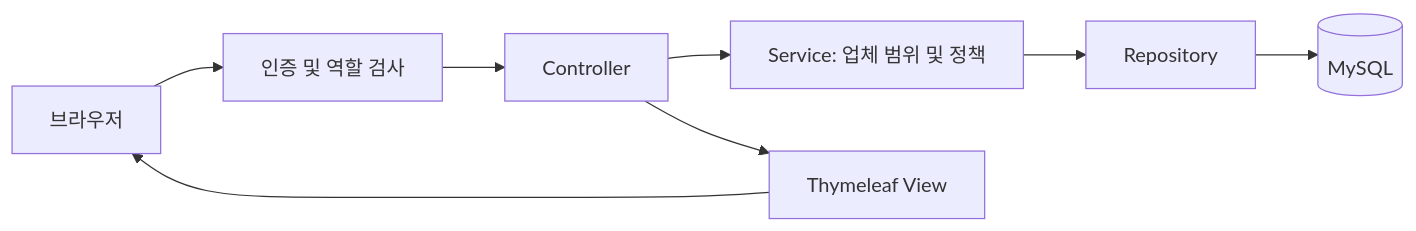
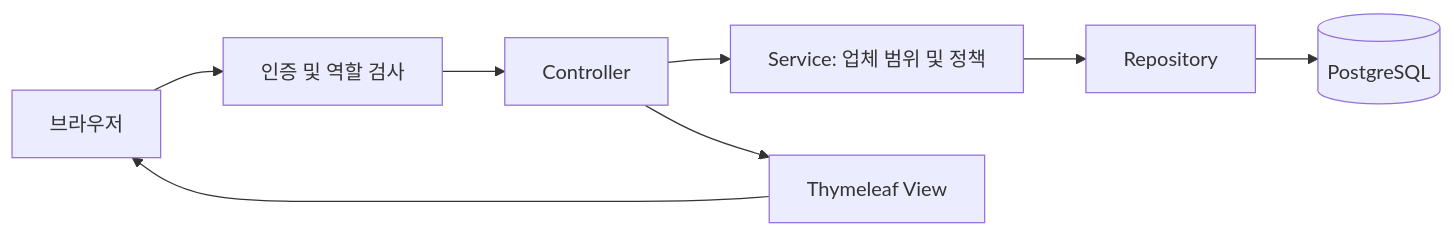
The first of 2 diagrams in docs/architecture.md (choicherry0903/project), drawn with Mermaid before and after one commit. The commit also changed other lines of this file and 19 other files, not shown here.

````diff
--- a/docs/architecture.md
+++ b/docs/architecture.md
@@ -10,10 +10,10 @@
 ```mermaid
 flowchart LR
     Browser[브라우저] --> Security[인증 및 역할 검사]
     Security --> Controller[Controller]
     Controller --> Service[Service: 업체 범위 및 정책]
     Service --> Repository[Repository]
-    Repository --> DB[(MySQL)]
+    Repository --> DB[(PostgreSQL)]
     Controller --> View[Thymeleaf View]
     View --> Browser
 ```
````
